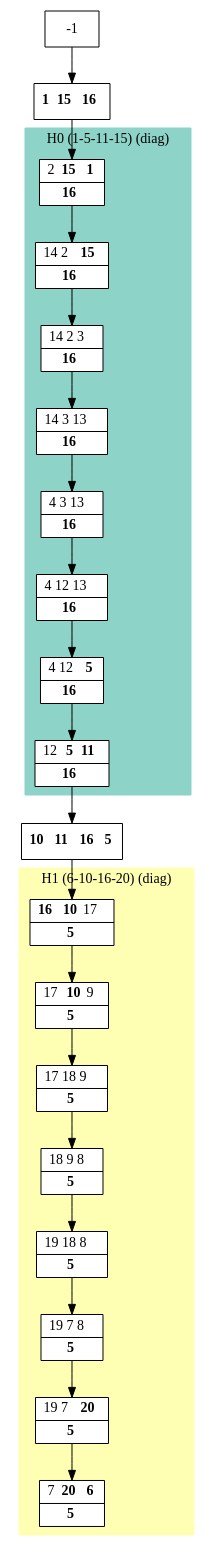
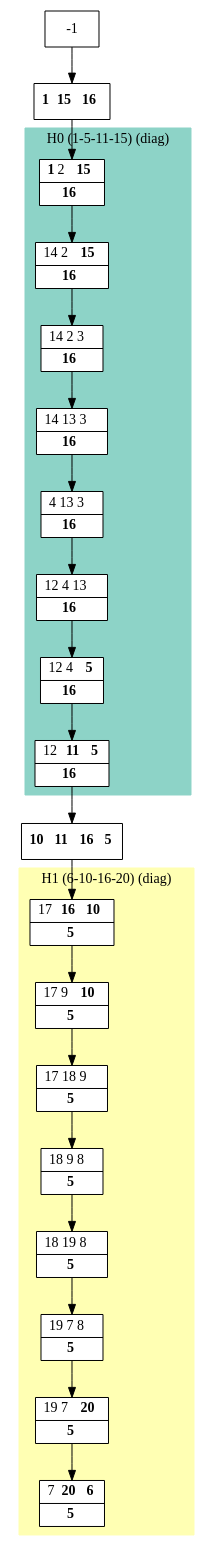
One commit to bmarchand/auto-dp changed the diagram in results/dot_files/processed_H.dot. Above: the diagram before and after it, drawn with Graphviz. The commit also changed 80 other files, not shown here.

```diff
--- a/results/dot_files/processed_H.dot
+++ b/results/dot_files/processed_H.dot
@@ -1,41 +1,41 @@
 digraph G {
     node [shape=box];
     subgraph cluster0 {
         node [style=filled,fillcolor=white];
         labeljust="l";
         style=filled;
         color="#8DD3C7";
         H0_0 -> H0_1 -> H0_2 -> H0_3 -> H0_4 -> H0_5 -> H0_6 -> H0_7;
         label="H0 (1-5-11-15) (diag)";
     }
     subgraph cluster1 {
         node [style=filled,fillcolor=white];
         labeljust="l";
         style=filled;
         color="#FFFFB3";
         H1_7 -> H1_6 -> H1_5 -> H1_4 -> H1_3 -> H1_2 -> H1_1 -> H1_0;
         label="H1 (6-10-16-20) (diag)";
     }
      1 [shape=record,label= <{ <b>1</b> <b>15</b> <b>16</b>}> ];
      -1  ->  1;
-     H0_0 [shape=record,label= <{ 2 <b>15</b> <b>1</b>|  <b>16</b>}> ];
+     H0_0 [shape=record,label= <{ <b>1</b> 2 <b>15</b>|  <b>16</b>}> ];
      1  ->  H0_0;
      H0_1 [shape=record,label= <{ 14 2 <b>15</b>|  <b>16</b>}> ];
      H0_2 [shape=record,label= <{ 14 2 3|  <b>16</b>}> ];
-     H0_3 [shape=record,label= <{ 14 3 13|  <b>16</b>}> ];
-     H0_4 [shape=record,label= <{ 4 3 13|  <b>16</b>}> ];
-     H0_5 [shape=record,label= <{ 4 12 13|  <b>16</b>}> ];
-     H0_6 [shape=record,label= <{ 4 12 <b>5</b>|  <b>16</b>}> ];
-     H0_7 [shape=record,label= <{ 12 <b>5</b> <b>11</b>|  <b>16</b>}> ];
+     H0_3 [shape=record,label= <{ 14 13 3|  <b>16</b>}> ];
+     H0_4 [shape=record,label= <{ 4 13 3|  <b>16</b>}> ];
+     H0_5 [shape=record,label= <{ 12 4 13|  <b>16</b>}> ];
+     H0_6 [shape=record,label= <{ 12 4 <b>5</b>|  <b>16</b>}> ];
+     H0_7 [shape=record,label= <{ 12 <b>11</b> <b>5</b>|  <b>16</b>}> ];
      10 [shape=record,label= <{ <b>10</b> <b>11</b> <b>16</b> <b>5</b>}> ];
      H0_7  ->  10;
-     H1_7 [shape=record,label= <{ <b>16</b> <b>10</b> 17|  <b>5</b>}> ];
+     H1_7 [shape=record,label= <{ 17 <b>16</b> <b>10</b>|  <b>5</b>}> ];
      10  ->  H1_7;
-     H1_6 [shape=record,label= <{ 17 <b>10</b> 9|  <b>5</b>}> ];
+     H1_6 [shape=record,label= <{ 17 9 <b>10</b>|  <b>5</b>}> ];
      H1_5 [shape=record,label= <{ 17 18 9|  <b>5</b>}> ];
      H1_4 [shape=record,label= <{ 18 9 8|  <b>5</b>}> ];
-     H1_3 [shape=record,label= <{ 19 18 8|  <b>5</b>}> ];
+     H1_3 [shape=record,label= <{ 18 19 8|  <b>5</b>}> ];
      H1_2 [shape=record,label= <{ 19 7 8|  <b>5</b>}> ];
      H1_1 [shape=record,label= <{ 19 7 <b>20</b>|  <b>5</b>}> ];
      H1_0 [shape=record,label= <{ 7 <b>20</b> <b>6</b>|  <b>5</b>}> ];
 }
```
